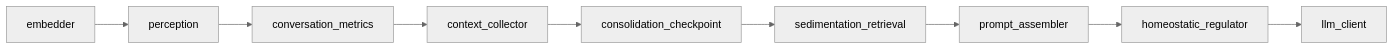
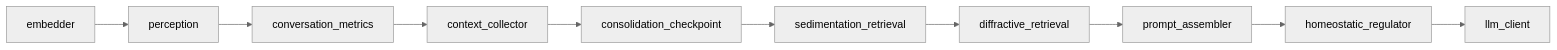
The fourth of 5 diagrams in docs/ARCHITECTURE.md (sympoietic-systems/AAA), drawn with Mermaid (neutral theme) before and after one commit. The commit also changed other lines of this file and 17 other files, not shown here.

Commit message:
feat: implement diffractive retrieval module to mitigate conversational stagnation via dynamic lateral context injection and real-time telemetry

````diff
--- a/docs/ARCHITECTURE.md
+++ b/docs/ARCHITECTURE.md
@@ -203,4 +206,4 @@
 ```mermaid
 graph LR
-    embedder --> perception --> conversation_metrics --> context_collector --> consolidation_checkpoint --> sedimentation_retrieval --> prompt_assembler --> homeostatic_regulator --> llm_client
+    embedder --> perception --> conversation_metrics --> context_collector --> consolidation_checkpoint --> sedimentation_retrieval --> diffractive_retrieval --> prompt_assembler --> homeostatic_regulator --> llm_client
 ```
````
